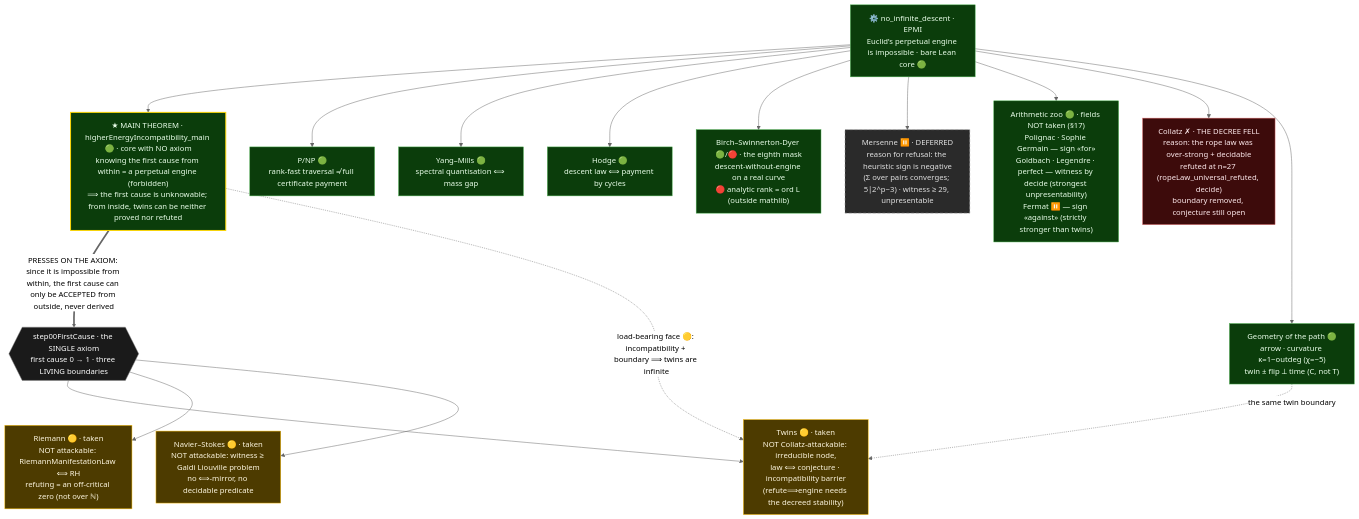
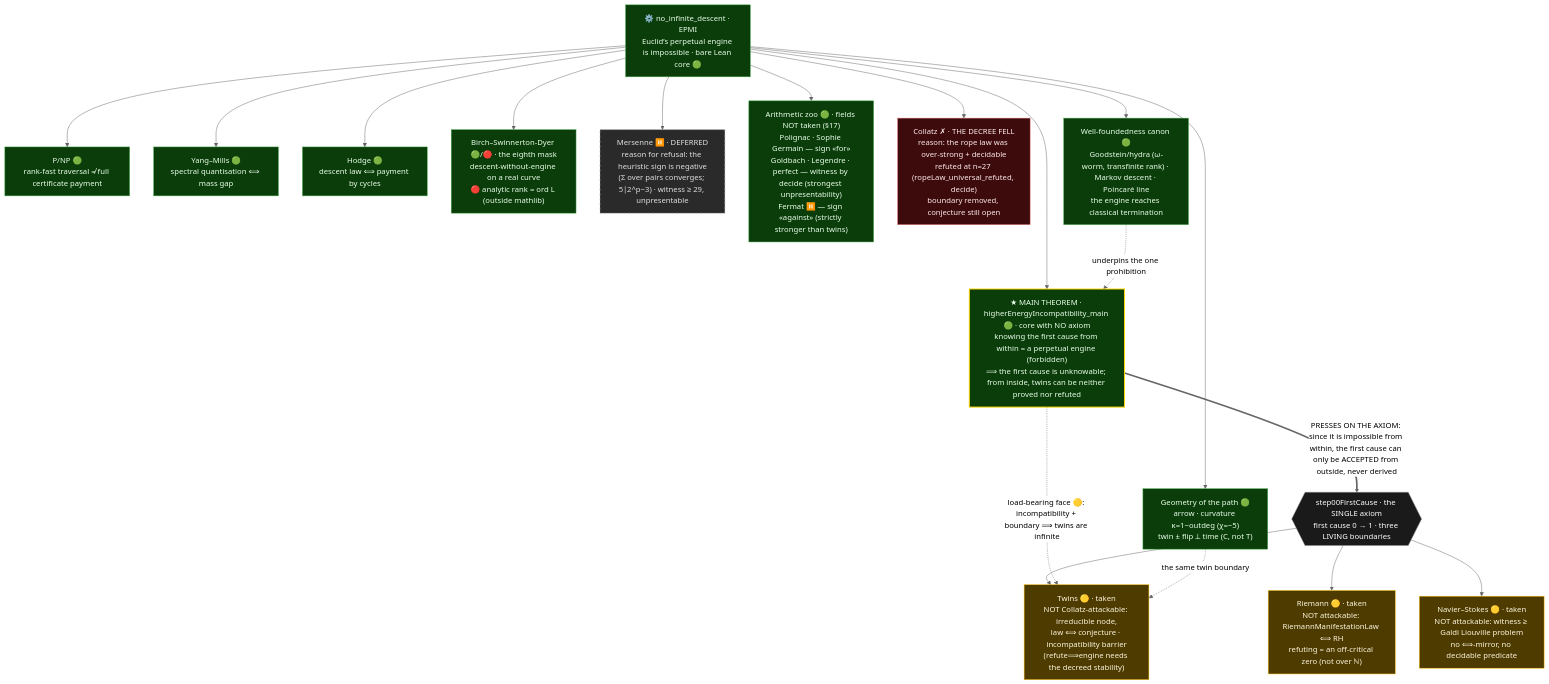
Before and after one commit to elamaunt/Euclids-path: the diagram in README.md, drawn with Mermaid (neutral theme). The commit also changed 3 other files, not shown here.

First line of the commit message:
Navigator graph: add the well-foundedness canon node (WF)

````diff
--- a/README.md
+++ b/README.md
@@ -79,38 +79,41 @@
 ```mermaid
 flowchart TD
     ROOT["⚙️ no_infinite_descent · EPMI<br/>Euclid’s perpetual engine is impossible · bare Lean core 🟢"]
 
     ROOT --> MT["★ MAIN THEOREM · higherEnergyIncompatibility_main 🟢 · core with NO axiom<br/>knowing the first cause from within = a perpetual engine (forbidden)<br/>⟹ the first cause is unknowable; from inside, twins can be neither proved nor refuted"]
     MT ==>|"PRESSES ON THE AXIOM: since it is impossible from within, the first cause can only be ACCEPTED from outside, never derived"| FC{{"step00FirstCause · the SINGLE axiom<br/>first cause 0 → 1 · three LIVING boundaries"}}
 
     FC --> TP["Twins 🟡 · taken<br/>NOT Collatz-attackable: irreducible node,<br/>law ⟺ conjecture · incompatibility barrier<br/>(refute⟹engine needs the decreed stability)"]
     FC --> RH["Riemann 🟡 · taken<br/>NOT attackable: RiemannManifestationLaw ⟺ RH<br/>refuting = an off-critical zero (not over ℕ)"]
     FC --> NS["Navier–Stokes 🟡 · taken<br/>NOT attackable: witness ≥ Galdi Liouville problem<br/>no ⟺-mirror, no decidable predicate"]
     MT -.->|"load-bearing face 🟡: incompatibility + boundary ⟹ twins are infinite"| TP
 
     ROOT --> PNP["P/NP 🟢<br/>rank-fast traversal ≠ full certificate payment"]
     ROOT --> YM["Yang–Mills 🟢<br/>spectral quantisation ⟺ mass gap"]
     ROOT --> HC["Hodge 🟢<br/>descent law ⟺ payment by cycles"]
     ROOT --> BSD["Birch–Swinnerton-Dyer 🟢/🔴 · the eighth mask<br/>descent-without-engine on a real curve<br/>🔴 analytic rank = ord L (outside mathlib)"]
 
     ROOT --> MP["Mersenne ⏸️ · DEFERRED<br/>reason for refusal: the heuristic sign is negative<br/>(Σ over pairs converges; 5∣2^p−3) · witness ≥ 29, unpresentable"]
     ROOT --> ZOO["Arithmetic zoo 🟢 · fields NOT taken (§17)<br/>Polignac · Sophie Germain — sign «for»<br/>Goldbach · Legendre · perfect — witness by decide (strongest unpresentability)<br/>Fermat ⏸️ — sign «against» (strictly stronger than twins)"]
 
     ROOT --> CL["Collatz ✗ · THE DECREE FELL<br/>reason: the rope law was over-strong + decidable<br/>refuted at n=27 (ropeLaw_universal_refuted, decide)<br/>boundary removed, conjecture still open"]
 
     ROOT --> GEO["Geometry of the path 🟢<br/>arrow · curvature κ=1−outdeg (χ=−5)<br/>twin ± flip ⟂ time (C, not T)"]
     GEO -. the same twin boundary .-> TP
 
+    ROOT --> WF["Well-foundedness canon 🟢<br/>Goodstein/hydra (ω-worm, transfinite rank) · Markov descent · Poincaré line<br/>the engine reaches classical termination"]
+    WF -. underpins the one prohibition .-> MT
+
     classDef green fill:#0b3d0b,stroke:#4caf50,color:#eaffea;
     classDef apex fill:#0b3d0b,stroke:#ffd700,stroke-width:2px,color:#eaffea;
     classDef yellow fill:#4d3b00,stroke:#ffc107,color:#fff8e1;
     classDef deferred fill:#2a2a2a,stroke:#9e9e9e,color:#e0e0e0,stroke-dasharray: 6 4;
     classDef fallen fill:#3d0b0b,stroke:#e57373,color:#ffebee;
     classDef rootnode fill:#1a1a1a,stroke:#888,color:#ffffff;
-    class ROOT,PNP,YM,HC,BSD,ZOO,GEO green;
+    class ROOT,PNP,YM,HC,BSD,ZOO,GEO,WF green;
     class MT apex;
     class TP,RH,NS yellow;
     class MP deferred;
     class CL fallen;
     class FC rootnode;
 ```
````
